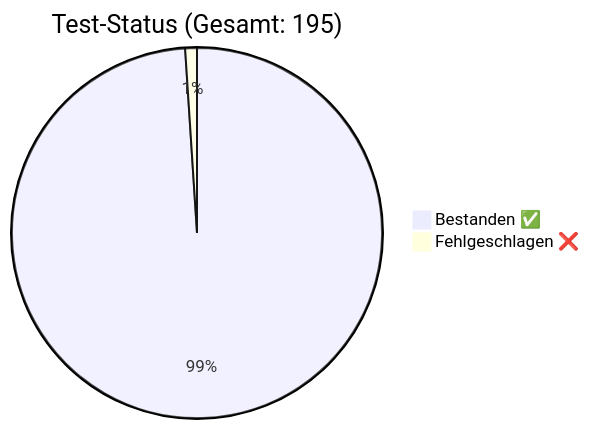
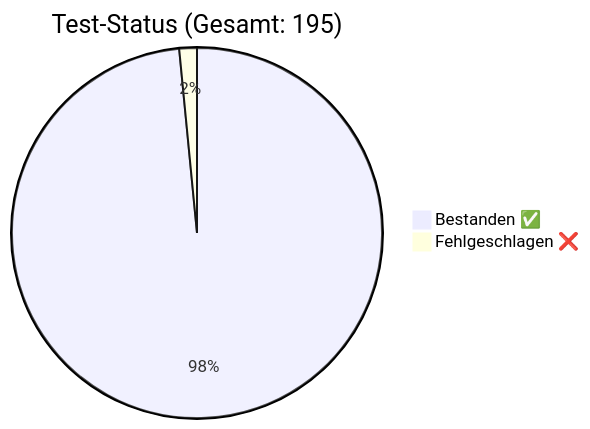
The diagram in docs/QA_Report.md (rorila/GCS), drawn with Mermaid before and after one commit. The commit also changed other lines of this file and 2 other files, not shown here.

````diff
--- a/docs/QA_Report.md
+++ b/docs/QA_Report.md
@@ -7,5 +7,5 @@
 ```mermaid
 pie title Test-Status (Gesamt: 195)
-    "Bestanden ✅" : 193
-    "Fehlgeschlagen ❌" : 2
+    "Bestanden ✅" : 192
+    "Fehlgeschlagen ❌" : 3
 ```
````
